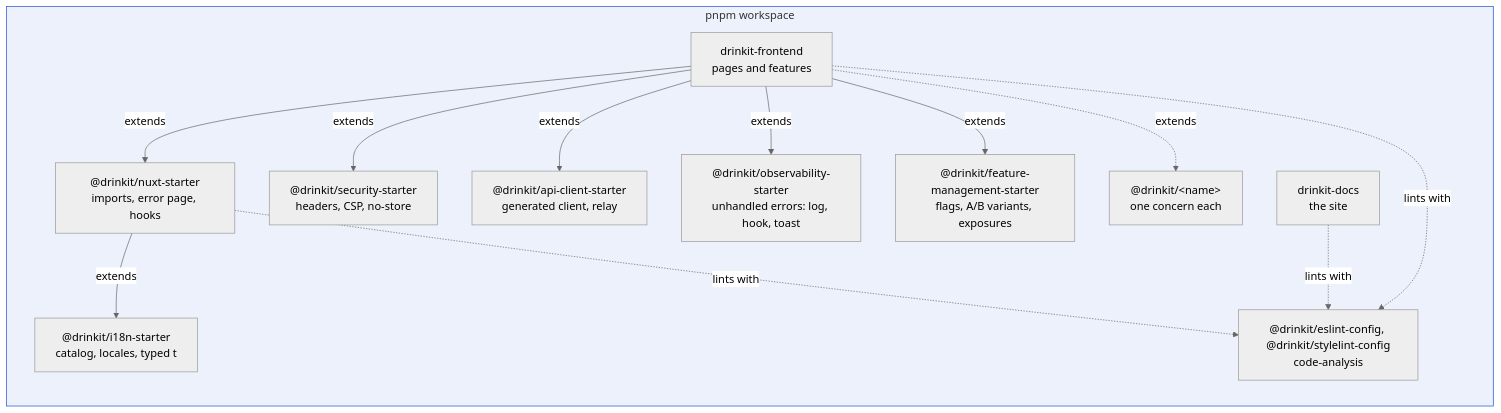
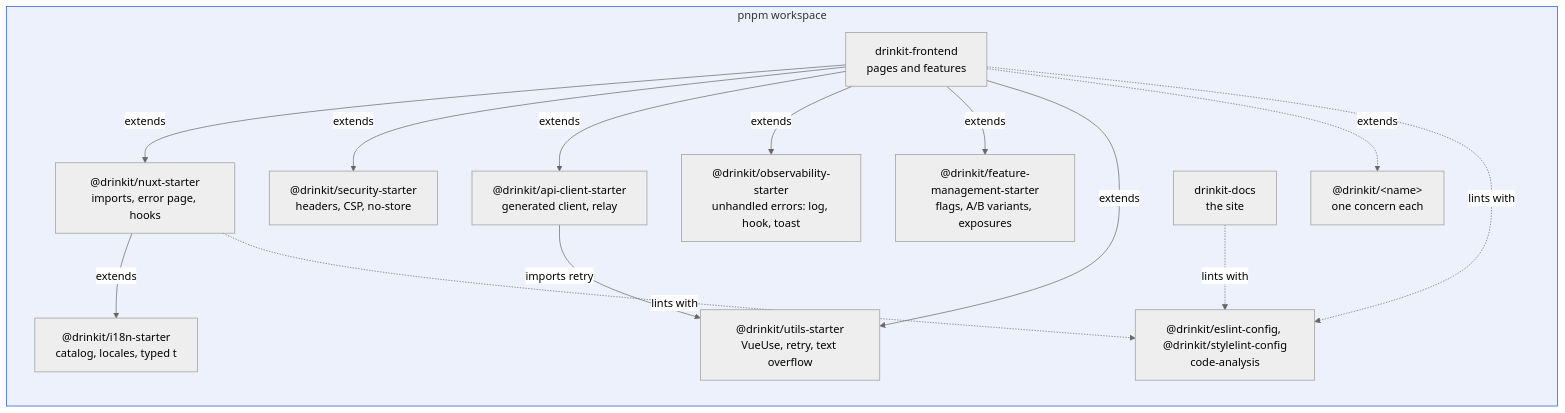
One commit to mboisnard/drinkit changed the first of 5 diagrams in docs/content/en/1.engineering/2.architecture/7.frontend-architecture.md. Above: the diagram before and after it, drawn with Mermaid (neutral theme). The commit also changed other lines of this file and 16 other files, not shown here.

First line of the commit message:
[TECH-STARTER] Give the frontend VueUse and the helpers it lacks in utils-starter (#682)

````diff
--- a/docs/content/en/1.engineering/2.architecture/7.frontend-architecture.md
+++ b/docs/content/en/1.engineering/2.architecture/7.frontend-architecture.md
@@ -19,26 +19,29 @@
 ```mermaid
 flowchart LR
   subgraph workspace["pnpm workspace"]
     app["drinkit-frontend<br/>pages and features"]
     nuxt["@drinkit/nuxt-starter<br/>imports, error page, hooks"]
     i18n["@drinkit/i18n-starter<br/>catalog, locales, typed t"]
     security["@drinkit/security-starter<br/>headers, CSP, no-store"]
     api["@drinkit/api-client-starter<br/>generated client, relay"]
     obs["@drinkit/observability-starter<br/>unhandled errors: log, hook, toast"]
     flags["@drinkit/feature-management-starter<br/>flags, A/B variants, exposures"]
+    utils["@drinkit/utils-starter<br/>VueUse, retry, text overflow"]
     other["@drinkit/&lt;name&gt;<br/>one concern each"]
     docs["drinkit-docs<br/>the site"]
     lint["@drinkit/eslint-config, @drinkit/stylelint-config<br/>code-analysis"]
   end
   app -- "extends" --> nuxt
   nuxt -- "extends" --> i18n
   app -- "extends" --> security
   app -- "extends" --> api
   app -- "extends" --> obs
   app -- "extends" --> flags
+  app -- "extends" --> utils
+  api -- "imports retry" --> utils
   app -. "extends" .-> other
   app -. "lints with" .-> lint
   nuxt -. "lints with" .-> lint
   docs -. "lints with" .-> lint
   style workspace fill:#1d4ed814,stroke:#1d4ed8
 ```
````
